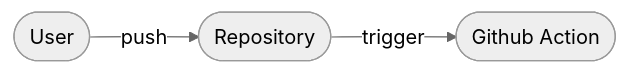
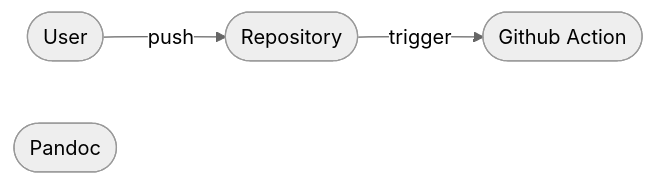
One commit to ShaharNaveh/ShaharNaveh.github.io changed the diagram in content/blog/cicd-your-resume/index.md. Above: the diagram before and after it, drawn with Mermaid (neutral theme).

````diff
--- a/content/blog/cicd-your-resume/index.md
+++ b/content/blog/cicd-your-resume/index.md
@@ -17,8 +17,9 @@
 ```mermaid
 flowchart LR
   user([User])
   repository([Repository])
   action([Github Action])
+  pandoc([Pandoc])
   user-->|push|repository
   repository-->|trigger|action
 ```
````
